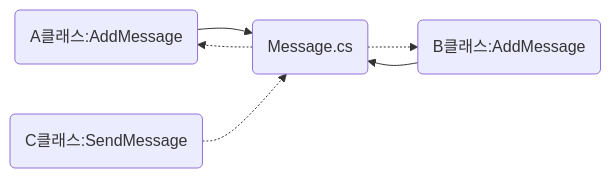
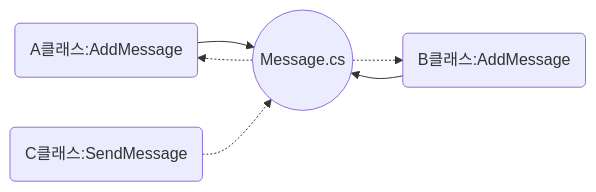
Before and after one commit to ijh00116/Code-Portfolio_1: the first of 2 diagrams in README.md, drawn with Mermaid.

````diff
--- a/README.md
+++ b/README.md
@@ -41,8 +41,8 @@
 ```mermaid
 graph LR
-A(A클래스:AddMessage)-->B(Message.cs)
+A(A클래스:AddMessage)-->B((Message.cs))
 C(B클래스:AddMessage)-->B
 D(C클래스:SendMessage)-.->B
 B-.->C
 B-.->A
 ```
````
